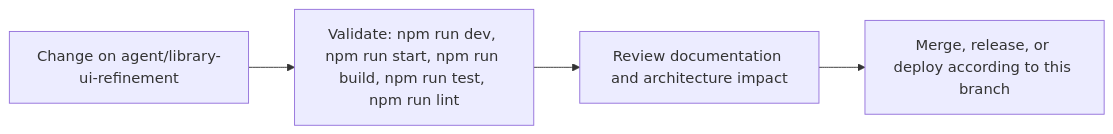
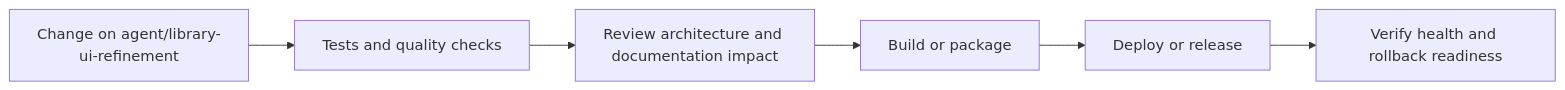
One commit to Nischhalsubba/BindForge-NW changed the sixth of 7 diagrams in README.md. Above: the diagram before and after it, drawn with Mermaid. The commit also changed other lines of this file, not shown here.

````diff
--- a/README.md
+++ b/README.md
@@ -88,8 +198,8 @@
 ```mermaid
 flowchart LR
-    CHANGE["Change on agent/library-ui-refinement"]
-    CHECK["Validate: npm run dev, npm run start, npm run build, npm run test, npm run lint"]
-    REVIEW["Review documentation and architecture impact"]
-    RELEASE["Merge, release, or deploy according to this branch"]
-    CHANGE --> CHECK --> REVIEW --> RELEASE
+    CHANGE["Change on agent/library-ui-refinement"] --> CHECK["Tests and quality checks"]
+    CHECK --> REVIEW["Review architecture and documentation impact"]
+    REVIEW --> BUILD["Build or package"]
+    BUILD --> DEPLOY["Deploy or release"]
+    DEPLOY --> VERIFY["Verify health and rollback readiness"]
 ```
````
